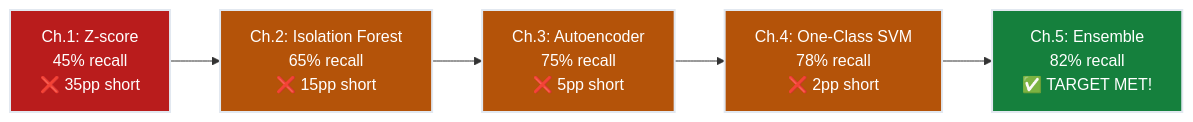
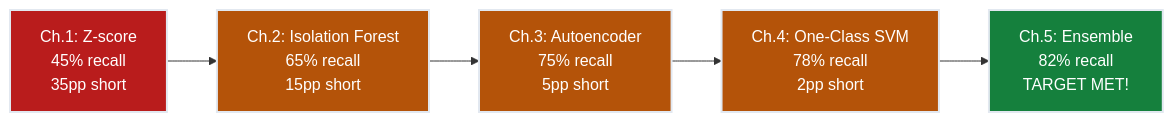
Before and after one commit to dsgouda7/ai-portfolio: the third of 4 diagrams in notes/01-ml/05-anomaly-detection/ch05_ensemble_anomaly/README.md, drawn with Mermaid. The commit also changed other lines of this file and 179 other files, not shown here.

````diff
--- a/notes/01-ml/05-anomaly-detection/ch05_ensemble_anomaly/README.md
+++ b/notes/01-ml/05-anomaly-detection/ch05_ensemble_anomaly/README.md
@@ -524,14 +524,14 @@
 ```mermaid
 flowchart LR
-    C1["Ch.1: Z-score\n45% recall\n❌ 35pp short"] --> C2
-    C2["Ch.2: Isolation Forest\n65% recall\n❌ 15pp short"] --> C3
-    C3["Ch.3: Autoencoder\n75% recall\n❌ 5pp short"] --> C4
-    C4["Ch.4: One-Class SVM\n78% recall\n❌ 2pp short"] --> C5
-    C5["Ch.5: Ensemble\n82% recall\n✅ TARGET MET!"]
+ C1["Ch.1: Z-score\n45% recall\n 35pp short"] --> C2
+ C2["Ch.2: Isolation Forest\n65% recall\n 15pp short"] --> C3
+ C3["Ch.3: Autoencoder\n75% recall\n 5pp short"] --> C4
+ C4["Ch.4: One-Class SVM\n78% recall\n 2pp short"] --> C5
+ C5["Ch.5: Ensemble\n82% recall\n TARGET MET!"]
 
-    style C1 fill:#b91c1c,stroke:#e2e8f0,stroke-width:2px,color:#ffffff
-    style C2 fill:#b45309,stroke:#e2e8f0,stroke-width:2px,color:#ffffff
-    style C3 fill:#b45309,stroke:#e2e8f0,stroke-width:2px,color:#ffffff
-    style C4 fill:#b45309,stroke:#e2e8f0,stroke-width:2px,color:#ffffff
-    style C5 fill:#15803d,stroke:#e2e8f0,stroke-width:2px,color:#ffffff
+ style C1 fill:#b91c1c,stroke:#e2e8f0,stroke-width:2px,color:#ffffff
+ style C2 fill:#b45309,stroke:#e2e8f0,stroke-width:2px,color:#ffffff
+ style C3 fill:#b45309,stroke:#e2e8f0,stroke-width:2px,color:#ffffff
+ style C4 fill:#b45309,stroke:#e2e8f0,stroke-width:2px,color:#ffffff
+ style C5 fill:#15803d,stroke:#e2e8f0,stroke-width:2px,color:#ffffff
 ```
````
